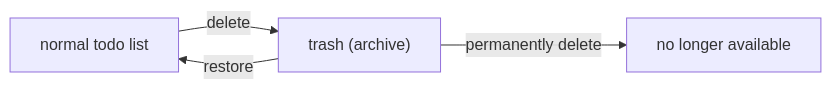
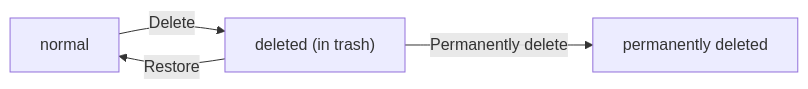
One commit to wrtnlabs/autobe-examples changed the third of 4 diagrams in openai/gpt-5.4-nano/todo/docs/analysis/02-domain-model.md. Above: the diagram before and after it, drawn with Mermaid. The commit also changed other lines of this file and 457 other files, not shown here.

````diff
--- a/openai/gpt-5.4-nano/todo/docs/analysis/02-domain-model.md
+++ b/openai/gpt-5.4-nano/todo/docs/analysis/02-domain-model.md
@@ -395,6 +530,6 @@
 ```mermaid
 flowchart LR
-    A["normal todo list"] -->|"delete"| B["trash (archive)"]
-    B -->|"restore"| A
-    B -->|"permanently delete"| C["no longer available"]
+    A["normal"] -->|"Delete"| B["deleted (in trash)"]
+    B -->|"Restore"| A
+    B -->|"Permanently delete"| C["permanently deleted"]
 ```
````
